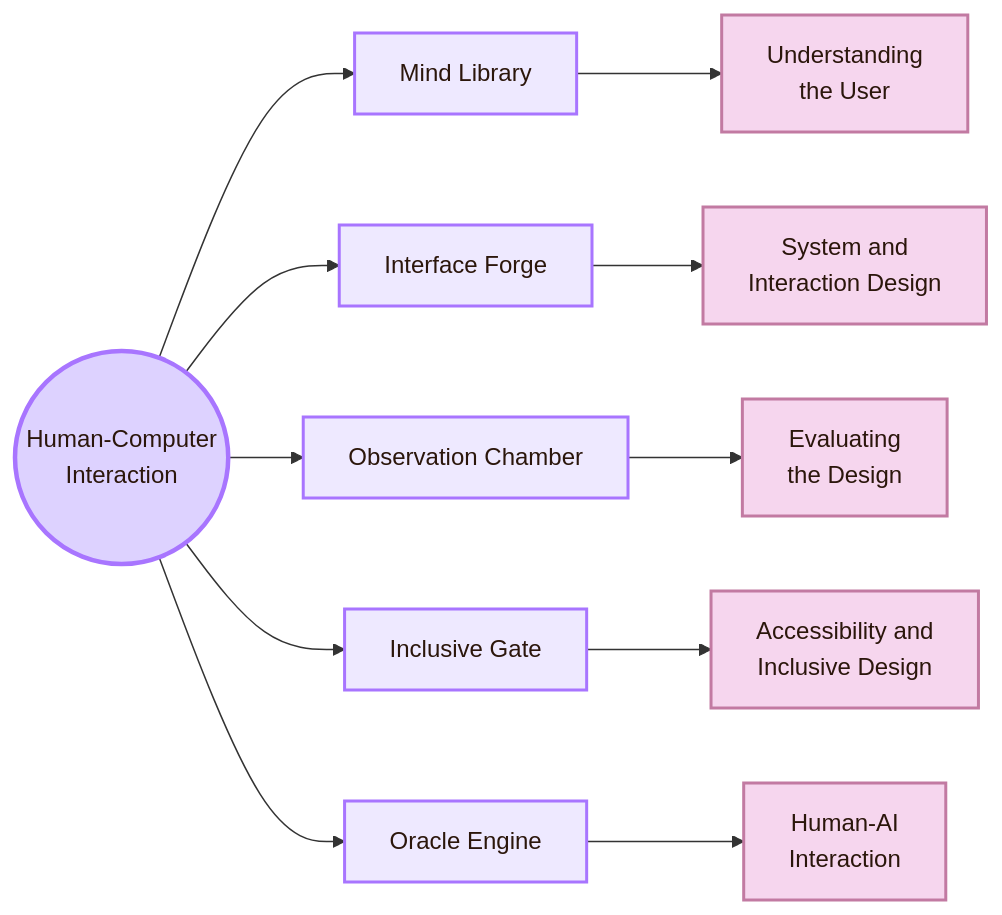
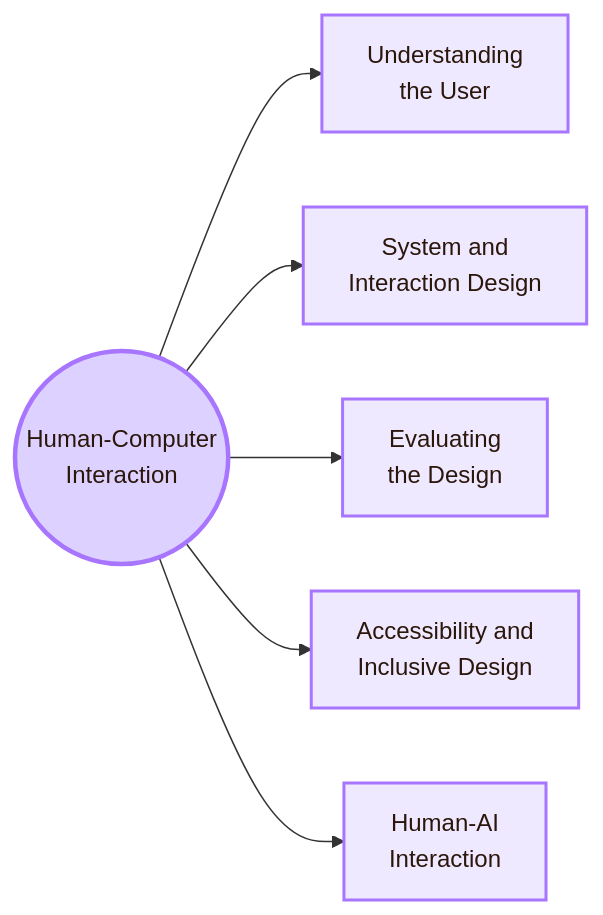
Before and after one commit to andreitegzes06-ui/CogniShire: the diagram in 00_Index/Human-Computer Interaction.md, drawn with Mermaid. The commit also changed other lines of this file and 132 other files, not shown here.

````diff
--- a/00_Index/Human-Computer Interaction.md
+++ b/00_Index/Human-Computer Interaction.md
@@ -17,24 +11,16 @@
 ```mermaid
 flowchart LR
     A((Human-Computer<br/>Interaction))
 
-    A --> B[Mind Library]
-    A --> C[Interface Forge]
-    A --> D[Observation Chamber]
-    A --> E[Inclusive Gate]
-    A --> F[Oracle Engine]
-
-    B --> B1[Understanding<br/>the User]
-    C --> C1[System and<br/>Interaction Design]
-    D --> D1[Evaluating<br/>the Design]
-    E --> E1[Accessibility and<br/>Inclusive Design]
-    F --> F1[Human-AI<br/>Interaction]
+    A --> B[Understanding<br/>the User]
+    A --> C[System and<br/>Interaction Design]
+    A --> D[Evaluating<br/>the Design]
+    A --> E[Accessibility and<br/>Inclusive Design]
+    A --> F[Human-AI<br/>Interaction]
 
     classDef center fill:#ddd2ff,stroke:#a875ff,color:#2b160b,stroke-width:3px;
     classDef node fill:#eee9ff,stroke:#a875ff,color:#2b160b,stroke-width:2px;
-    classDef detail fill:#f6d6ee,stroke:#c27aa2,color:#2b160b,stroke-width:2px;
 
     class A center;
     class B,C,D,E,F node;
-    class B1,C1,D1,E1,F1 detail;
 ```
````
